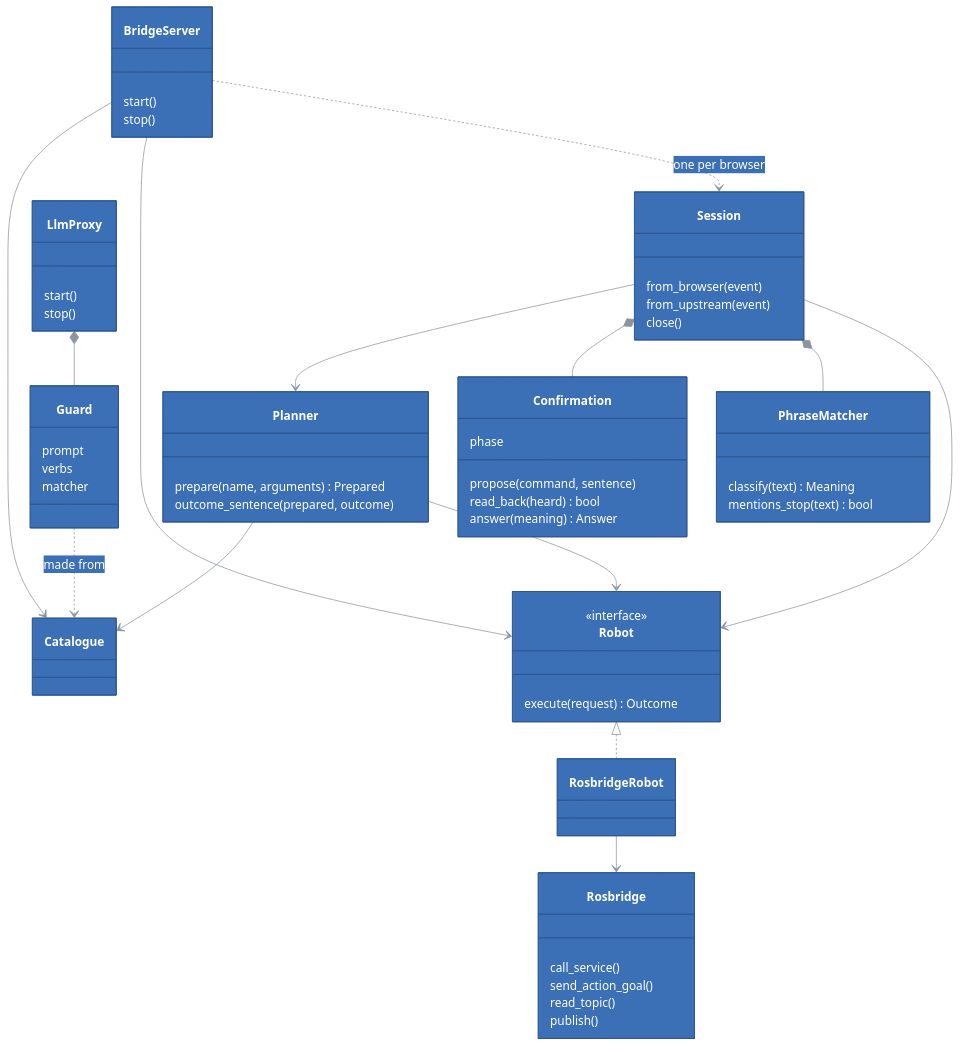
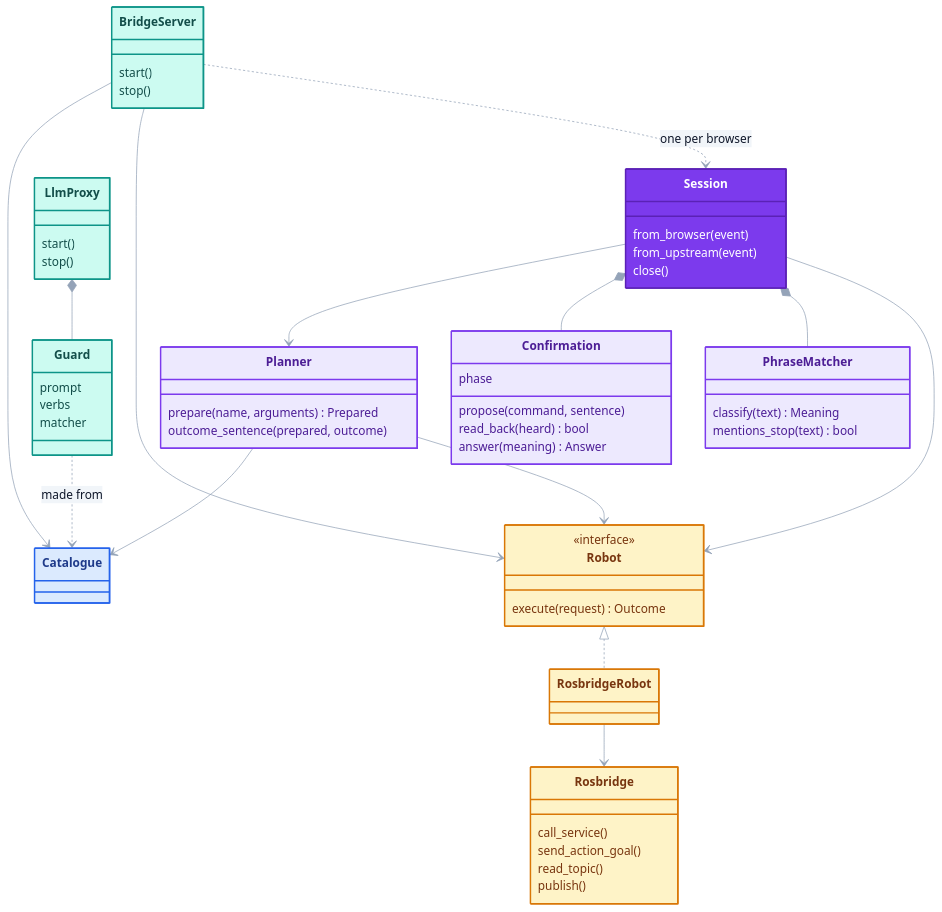
The ninth of 10 diagrams in docs/ARCHITECTURE.md (kineticsystem/stepit-speech), drawn with Mermaid before and after one commit. The commit also changed other lines of this file, not shown here.

First line of the commit message:
ARCHITECTURE: more readable diagrams

````diff
--- a/docs/ARCHITECTURE.md
+++ b/docs/ARCHITECTURE.md
@@ -747,56 +865,44 @@
 ---
 config:
   theme: base
-  themeCSS: ".edgeLabel p { padding: 4px 10px; }"
   flowchart:
-    padding: 20
-    nodeSpacing: 40
-    rankSpacing: 50
+    curve: basis
+    padding: 22
+    nodeSpacing: 46
+    rankSpacing: 58
   class:
-    padding: 16
-  sequence:
-    boxMargin: 12
-    boxTextMargin: 8
-    noteMargin: 28
-    messageMargin: 40
-    actorMargin: 60
-    labelBoxWidth: 56
-    labelBoxHeight: 28
+    padding: 10
   themeVariables:
-    primaryColor: "#3b6fb6"
-    primaryTextColor: "#ffffff"
-    primaryBorderColor: "#2c5590"
-    lineColor: "#8b949e"
-    textColor: "#4d86d6"
-    actorBkg: "#3b6fb6"
-    actorBorder: "#2c5590"
-    actorTextColor: "#ffffff"
-    actorLineColor: "#8b949e"
-    signalColor: "#8b949e"
-    signalTextColor: "#4d86d6"
-    noteBkgColor: "#3b6fb6"
-    noteTextColor: "#ffffff"
-    noteBorderColor: "#2c5590"
-    secondaryColor: "#3b6fb6"
-    tertiaryColor: "#3b6fb6"
+    lineColor: "#94a3b8"
+    textColor: "#64748b"
+    primaryColor: "#f1f5f9"
+    primaryBorderColor: "#64748b"
+    primaryTextColor: "#0f172a"
+    secondaryColor: "#f1f5f9"
+    secondaryBorderColor: "#64748b"
+    secondaryTextColor: "#0f172a"
+    tertiaryColor: "#f1f5f9"
+    tertiaryBorderColor: "#64748b"
+    tertiaryTextColor: "#0f172a"
+    mainBkg: "#f1f5f9"
+    nodeBorder: "#64748b"
+    nodeTextColor: "#0f172a"
+    classText: "#0f172a"
     clusterBkg: "transparent"
-    clusterBorder: "#8b949e"
-    titleColor: "#4d86d6"
-    edgeLabelBackground: "#3b6fb6"
-    classText: "#ffffff"
-    labelBoxBkgColor: "#3b6fb6"
-    labelBoxBorderColor: "#2c5590"
-    labelTextColor: "#ffffff"
-    loopTextColor: "#4d86d6"
-    mainBkg: "#3b6fb6"
-    nodeBorder: "#2c5590"
-    nodeTextColor: "#ffffff"
-    secondaryBorderColor: "#2c5590"
-    secondaryTextColor: "#ffffff"
-    tertiaryBorderColor: "#2c5590"
-    tertiaryTextColor: "#ffffff"
-    errorBkgColor: "#3b6fb6"
-    errorTextColor: "#ffffff"
+    clusterBorder: "#94a3b8"
+    titleColor: "#64748b"
+    edgeLabelBackground: "#ffffff"
+  themeCSS: >
+    .node rect, .node polygon, .node path {
+      filter: drop-shadow(0 3px 6px rgba(15, 23, 42, 0.18));
+    }
+    .node rect { rx: 14px; ry: 14px; }
+    .cluster rect { rx: 18px; ry: 18px; }
+    .edgeLabel, .edgeLabel p, .edgeLabel span {
+      background: #ffffff; color: #475569; border-radius: 999px;
+    }
+    .edgeLabel p { padding: 3px 10px; }
+    .labelBkg { background: transparent !important; fill: none !important; }
 ---
 classDiagram
     direction TB
@@ -858,4 +964,16 @@
     Planner --> Robot
     Robot <|.. RosbridgeRobot
     RosbridgeRobot --> Rosbridge
+
+    style BridgeServer fill:#ccfbf1,stroke:#0d9488,stroke-width:2px,color:#134e4a
+    style LlmProxy fill:#ccfbf1,stroke:#0d9488,stroke-width:2px,color:#134e4a
+    style Guard fill:#ccfbf1,stroke:#0d9488,stroke-width:2px,color:#134e4a
+    style Session fill:#7c3aed,stroke:#5b21b6,stroke-width:2px,color:#ffffff
+    style Planner fill:#ede9fe,stroke:#7c3aed,stroke-width:2px,color:#4c1d95
+    style Confirmation fill:#ede9fe,stroke:#7c3aed,stroke-width:2px,color:#4c1d95
+    style PhraseMatcher fill:#ede9fe,stroke:#7c3aed,stroke-width:2px,color:#4c1d95
+    style Robot fill:#fef3c7,stroke:#d97706,stroke-width:2px,color:#78350f
+    style RosbridgeRobot fill:#fef3c7,stroke:#d97706,stroke-width:2px,color:#78350f
+    style Rosbridge fill:#fef3c7,stroke:#d97706,stroke-width:2px,color:#78350f
+    style Catalogue fill:#dbeafe,stroke:#2563eb,stroke-width:2px,color:#1e3a8a
 ```
````
